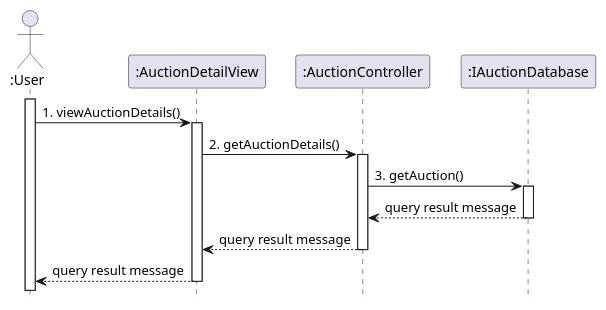
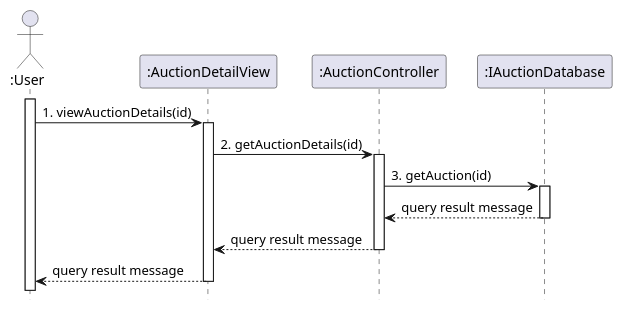
Before and after one commit to anhbanlinhle/velocity-exchange: the diagram in uml/design/sequence/linh/view_auction_information.pu, drawn with PlantUML.

Commit message:
doc[lynn]: design sequence no. 7

```diff
--- a/uml/design/sequence/linh/view_auction_information.pu
+++ b/uml/design/sequence/linh/view_auction_information.pu
@@ -1,23 +1,23 @@
 @startuml UC_7
 hide footbox
 
 actor ":User" as User
 participant ":AuctionDetailView" as AuctionView
 participant ":AuctionController" as SearchController
 participant ":IAuctionDatabase" as Auction
 
 User ++
-  User -> AuctionView: 1. viewAuctionDetails()
+  User -> AuctionView: 1. viewAuctionDetails(id)
   activate AuctionView
-    AuctionView -> SearchController: 2. getAuctionDetails()
+    AuctionView -> SearchController: 2. getAuctionDetails(id)
     activate SearchController
-      SearchController -> Auction: 3. getAuction()
+      SearchController -> Auction: 3. getAuction(id)
         activate Auction
           Auction --> SearchController: query result message
         deactivate Auction
       SearchController --> AuctionView: query result message
     deactivate SearchController
     AuctionView --> User: query result message
   deactivate AuctionView
 
 @enduml
```
